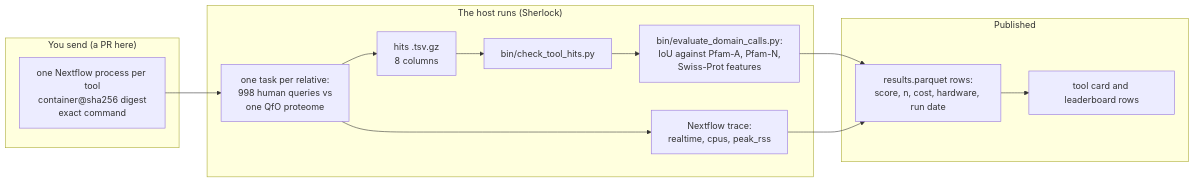
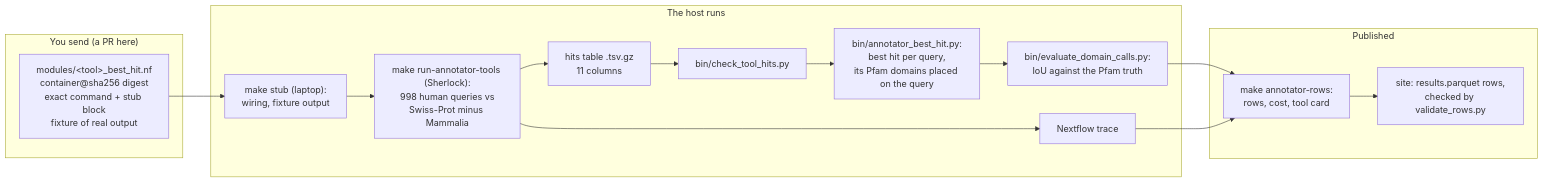
The diagram in CONTRIBUTING.md (seanome/2024-kmerseek-analysis), drawn with Mermaid before and after one commit. The commit also changed other lines of this file and 2 other files, not shown here.

First line of the commit message:
CONTRIBUTING.md: G1's DIAMOND module is the template; hits check reads the 11-column best-hit table

````diff
--- a/CONTRIBUTING.md
+++ b/CONTRIBUTING.md
@@ -12,20 +12,22 @@
 ```mermaid
 flowchart LR
   subgraph you["You send (a PR here)"]
-    M["one Nextflow process per tool<br/>container@sha256 digest<br/>exact command"]
+    M["modules/&lt;tool&gt;_best_hit.nf<br/>container@sha256 digest<br/>exact command + stub block<br/>fixture of real output"]
   end
-  subgraph host["The host runs (Sherlock)"]
-    R["one task per relative:<br/>998 human queries vs<br/>one QfO proteome"]
-    T["Nextflow trace:<br/>realtime, cpus, peak_rss"]
-    H["hits .tsv.gz<br/>8 columns"]
+  subgraph host["The host runs"]
+    ST["make stub (laptop):<br/>wiring, fixture output"]
+    R["make run-annotator-tools (Sherlock):<br/>998 human queries vs<br/>Swiss-Prot minus Mammalia"]
+    H["hits table .tsv.gz<br/>11 columns"]
     C["bin/check_tool_hits.py"]
-    S["bin/evaluate_domain_calls.py:<br/>IoU against Pfam-A, Pfam-N,<br/>Swiss-Prot features"]
+    PL["bin/annotator_best_hit.py:<br/>best hit per query,<br/>its Pfam domains placed on the query"]
+    S["bin/evaluate_domain_calls.py:<br/>IoU against the Pfam truth"]
+    T["Nextflow trace"]
   end
   subgraph out["Published"]
-    P["results.parquet rows:<br/>score, n, cost, hardware, run date"]
-    W["tool card and leaderboard rows"]
+    P["make annotator-rows:<br/>rows, cost, tool card"]
+    W["site: results.parquet rows,<br/>checked by validate_rows.py"]
   end
-  M --> R
-  R --> H --> C --> S --> P --> W
+  M --> ST --> R
+  R --> H --> C --> PL --> S --> P --> W
   R --> T --> P
 ```
````
